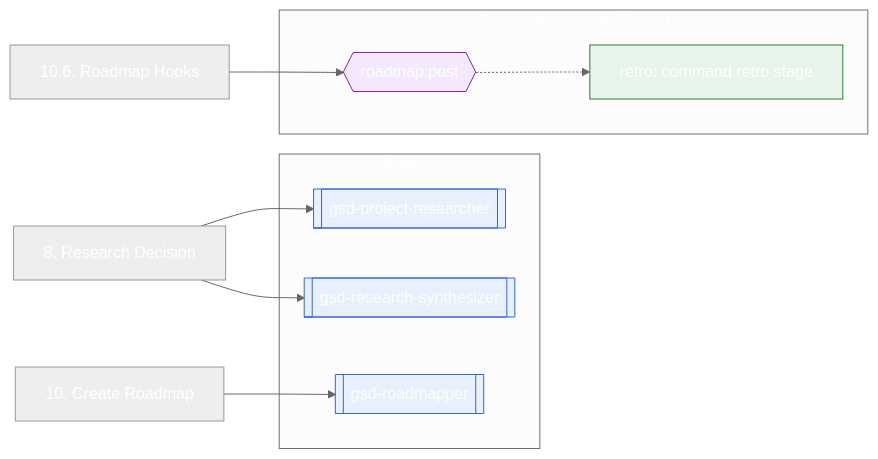
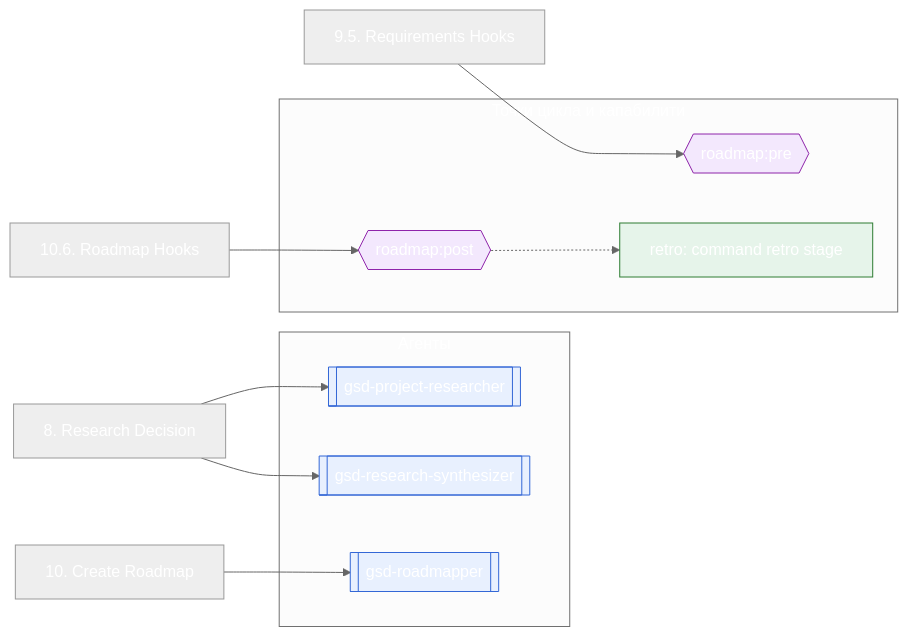
The second of 2 diagrams in docs/reference/workflow-maps/new-milestone.md (Govorin/gsd-core), drawn with Mermaid (neutral theme) before and after one commit. The commit also changed other lines of this file and 26 other files, not shown here.

First line of the commit message:
feat(loop): add roadmap:pre between requirements and the roadmapper

````diff
--- a/docs/reference/workflow-maps/new-milestone.md
+++ b/docs/reference/workflow-maps/new-milestone.md
@@ -92,30 +94,33 @@
 ```mermaid
 flowchart LR
   subgraph g_agents["Агенты"]
     a_gsd_project_researcher[["gsd-project-researcher"]]:::agent
     a_gsd_research_synthesizer[["gsd-research-synthesizer"]]:::agent
     a_gsd_roadmapper[["gsd-roadmapper"]]:::agent
   end
   subgraph g_points["Точки цикла и капабилити"]
+    p_roadmap_pre{{"roadmap#58;pre"}}:::point
     p_roadmap_post{{"roadmap#58;post"}}:::point
     c_roadmap_post_retro_command_retro_stage["retro#58; command retro stage"]:::capability
   end
   u_heading_8__Research_Decision["8. Research Decision"]
+  u_heading_9_5__Requirements_Hooks["9.5. Requirements Hooks"]
   u_heading_10__Create_Roadmap["10. Create Roadmap"]
   u_heading_10_6__Roadmap_Hooks["10.6. Roadmap Hooks"]
   u_heading_8__Research_Decision --> a_gsd_project_researcher
   u_heading_8__Research_Decision --> a_gsd_research_synthesizer
   u_heading_10__Create_Roadmap --> a_gsd_roadmapper
+  u_heading_9_5__Requirements_Hooks --> p_roadmap_pre
   p_roadmap_post -.-> c_roadmap_post_retro_command_retro_stage
   u_heading_10_6__Roadmap_Hooks --> p_roadmap_post
   classDef missing fill:#fdecea,stroke:#d33,stroke-dasharray:4 3
   classDef unparsed fill:#f5f5f5,stroke:#999999,stroke-dasharray:4 3,color:#555
   classDef conditional fill:#fff8e1,stroke:#b28704
   classDef root fill:#263238,color:#ffffff,stroke:#263238
   classDef agent fill:#e8f0fe,stroke:#3367d6
   classDef builtin fill:#eeeeee,stroke:#777777
   classDef capability fill:#e6f4ea,stroke:#2e7d32
   classDef dynamic fill:#f2f2f2,stroke:#888,stroke-dasharray:2 2
   classDef point fill:#f3e8fd,stroke:#8e24aa
   classDef workflow fill:#ffffff,stroke:#555555
 ```
````
